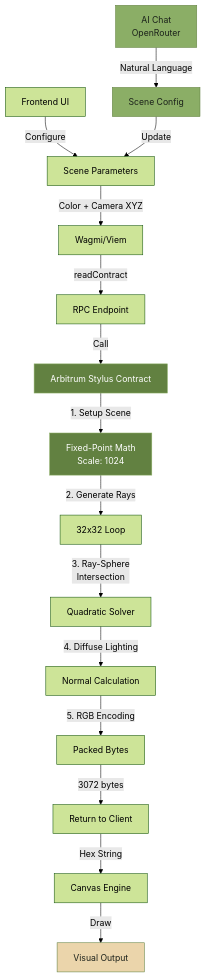
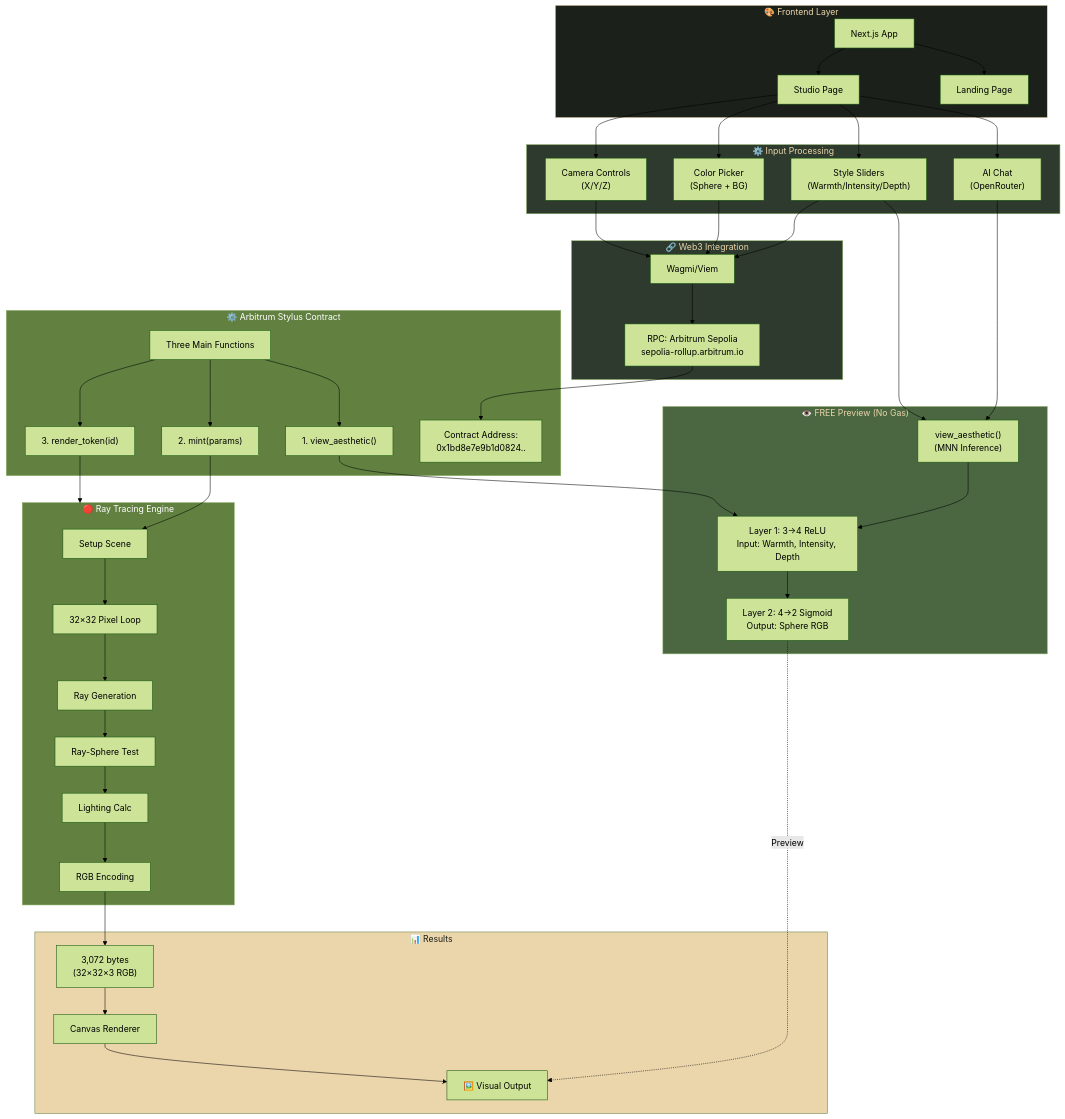
One commit to pramadanif/raystylus changed the first of 9 diagrams in README.md. Above: the diagram before and after it, drawn with Mermaid (forest theme). The commit also changed other lines of this file, not shown here.

````diff
--- a/README.md
+++ b/README.md
@@ -100,25 +105,82 @@
 ```mermaid
 graph TB
-  AA[AI Chat<br/>OpenRouter] -->|Natural Language| AB[Scene Config]
-  A[Frontend UI] -->|Configure| B[Scene Parameters]
-  AB -->|Update| B
-  B -->|Color + Camera XYZ| C[Wagmi/Viem]
-  C -->|readContract| D[RPC Endpoint]
-  D -->|Call| E[Arbitrum Stylus Contract]
-  
-  E -->|1. Setup Scene| F[Fixed-Point Math<br/>Scale: 1024]
-  F -->|2. Generate Rays| G[32x32 Loop]
-  G -->|3. Ray-Sphere<br/>Intersection| H[Quadratic Solver]
-  H -->|4. Diffuse Lighting| I[Normal Calculation]
-  I -->|5. RGB Encoding| J[Packed Bytes]
-  
-  J -->|3072 bytes| K[Return to Client]
-  K -->|Hex String| L[Canvas Engine]
-  L -->|Draw| M[Visual Output]
-  
-  style E fill:#628141,stroke:#8BAE66,color:#fff
-  style F fill:#628141,stroke:#8BAE66,color:#fff
-  style M fill:#EBD5AB,stroke:#628141,color:#1B211A
-  style AA fill:#8BAE66,stroke:#628141,color:#1B211A
-  style AB fill:#8BAE66,stroke:#628141,color:#1B211A
+    subgraph UI["🎨 Frontend Layer"]
+        A["Next.js App"]
+        B["Landing Page"]
+        C["Studio Page"]
+        A --> B
+        A --> C
+    end
+    
+    subgraph Input["⚙️ Input Processing"]
+        D["AI Chat<br/>(OpenRouter)"]
+        E["Style Sliders<br/>(Warmth/Intensity/Depth)"]
+        F["Color Picker<br/>(Sphere + BG)"]
+        G["Camera Controls<br/>(X/Y/Z)"]
+    end
+    
+    subgraph Preview["👁️ FREE Preview (No Gas)"]
+        H["view_aesthetic()<br/>(MNN Inference)"]
+        H1["Layer 1: 3→4 ReLU<br/>Input: Warmth, Intensity, Depth"]
+        H2["Layer 2: 4→2 Sigmoid<br/>Output: Sphere RGB"]
+        H --> H1 --> H2
+    end
+    
+    subgraph Web3["🔗 Web3 Integration"]
+        I["Wagmi/Viem"]
+        J["RPC: Arbitrum Sepolia<br/>sepolia-rollup.arbitrum.io"]
+    end
+    
+    subgraph Smart["⚙️ Arbitrum Stylus Contract"]
+        K["Contract Address:<br/>0x1bd8e7e9b1d0824.."]
+        L["Three Main Functions"]
+        M["1. view_aesthetic()"]
+        N["2. mint(params)"]
+        O["3. render_token(id)"]
+        L --> M
+        L --> N
+        L --> O
+    end
+    
+    subgraph RayTrace["🔴 Ray Tracing Engine"]
+        P["Setup Scene"]
+        Q["32×32 Pixel Loop"]
+        R["Ray Generation"]
+        S["Ray-Sphere Test"]
+        T["Lighting Calc"]
+        U["RGB Encoding"]
+        P --> Q --> R --> S --> T --> U
+    end
+    
+    subgraph Output["📊 Results"]
+        V["3,072 bytes<br/>(32×32×3 RGB)"]
+        W["Canvas Renderer"]
+        X["🖼️ Visual Output"]
+        V --> W --> X
+    end
+    
+    C --> D
+    C --> E
+    C --> F
+    C --> G
+    D --> H
+    E --> H
+    H2 -.->|Preview| X
+    E --> I
+    F --> I
+    G --> I
+    I --> J
+    J --> K
+    M --> H1
+    N --> P
+    O --> RayTrace
+    U --> V
+    
+    style UI fill:#1B211A,stroke:#EBD5AB,color:#EBD5AB
+    style Input fill:#2D3A2D,stroke:#8BAE66,color:#EBD5AB
+    style Preview fill:#4A6741,stroke:#8BAE66,color:#EBD5AB
+    style Web3 fill:#2D3A2D,stroke:#8BAE66,color:#EBD5AB
+    style Smart fill:#628141,stroke:#8BAE66,color:#fff
+    style RayTrace fill:#628141,stroke:#8BAE66,color:#fff
+    style Output fill:#EBD5AB,stroke:#628141,color:#1B211A
 ```
````
